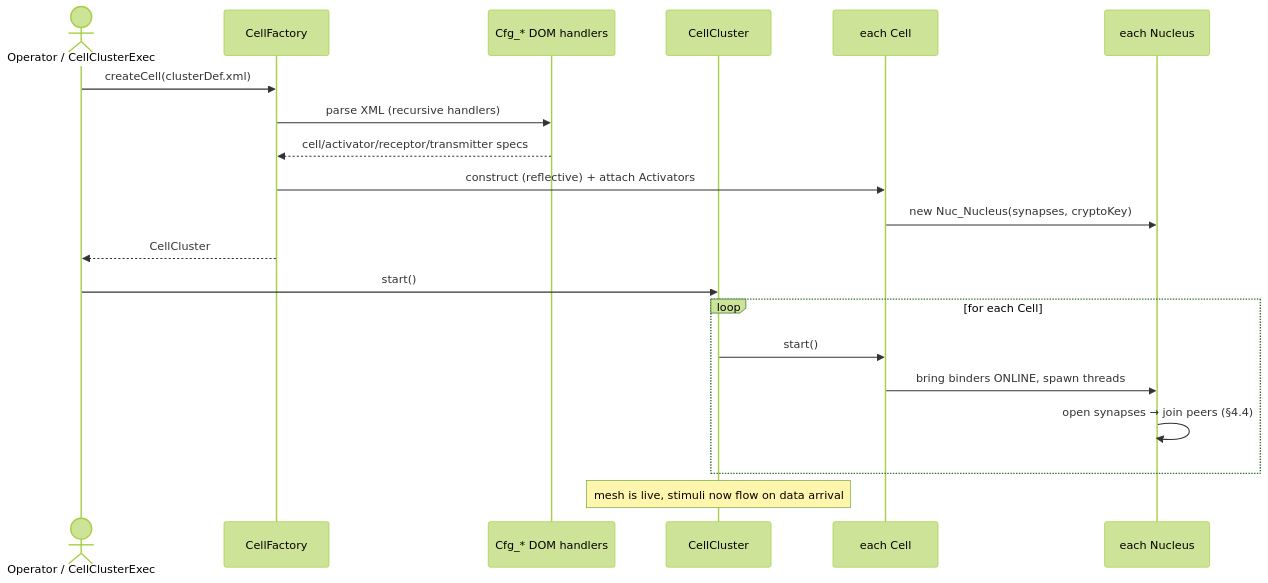
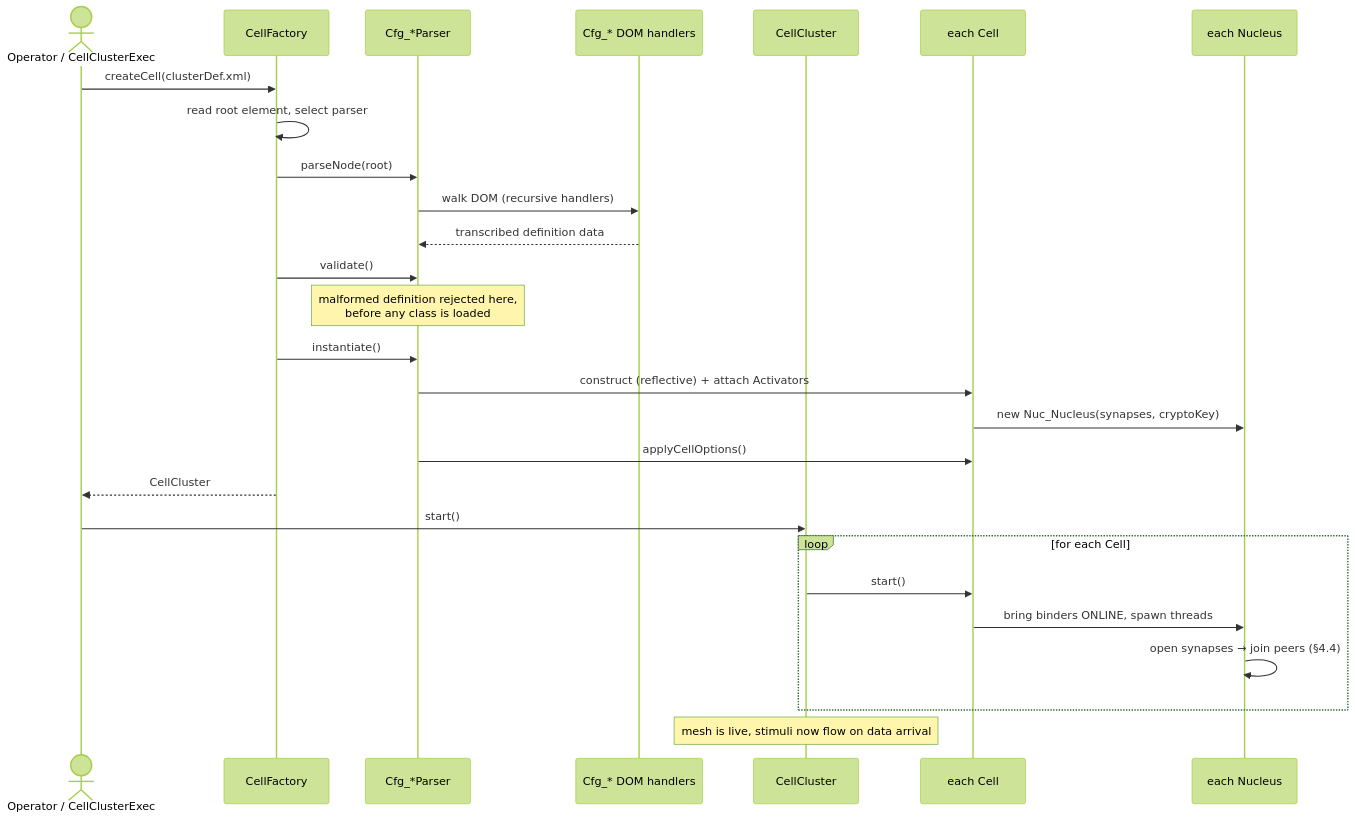
One commit to commence-software/NeuPaths2 changed the eighth of 8 diagrams in documents/design/04-behavior.md. Above: the diagram before and after it, drawn with Mermaid (forest theme). The commit also changed other lines of this file and 9 other files, not shown here.

````diff
--- a/documents/design/04-behavior.md
+++ b/documents/design/04-behavior.md
@@ -205,23 +205,30 @@
 ```mermaid
 sequenceDiagram
     actor Op as Operator / CellClusterExec
     participant CF as CellFactory
-    participant Cfg as Cfg_* DOM handlers
+    participant P as Cfg_*Parser
+    participant H as Cfg_* DOM handlers
     participant CC as CellCluster
     participant Cell as each Cell
     participant Nuc as each Nucleus
 
     Op->>CF: createCell(clusterDef.xml)
-    CF->>Cfg: parse XML (recursive handlers)
-    Cfg-->>CF: cell/activator/receptor/transmitter specs
-    CF->>Cell: construct (reflective) + attach Activators
+    CF->>CF: read root element, select parser
+    CF->>P: parseNode(root)
+    P->>H: walk DOM (recursive handlers)
+    H-->>P: transcribed definition data
+    CF->>P: validate()
+    Note over P: malformed definition rejected here,<br/>before any class is loaded
+    CF->>P: instantiate()
+    P->>Cell: construct (reflective) + attach Activators
     Cell->>Nuc: new Nuc_Nucleus(synapses, cryptoKey)
+    P->>Cell: applyCellOptions()
     CF-->>Op: CellCluster
     Op->>CC: start()
     loop for each Cell
         CC->>Cell: start()
         Cell->>Nuc: bring binders ONLINE, spawn threads
         Nuc->>Nuc: open synapses → join peers (§4.4)
     end
     Note over CC: mesh is live, stimuli now flow on data arrival
 ```
````
